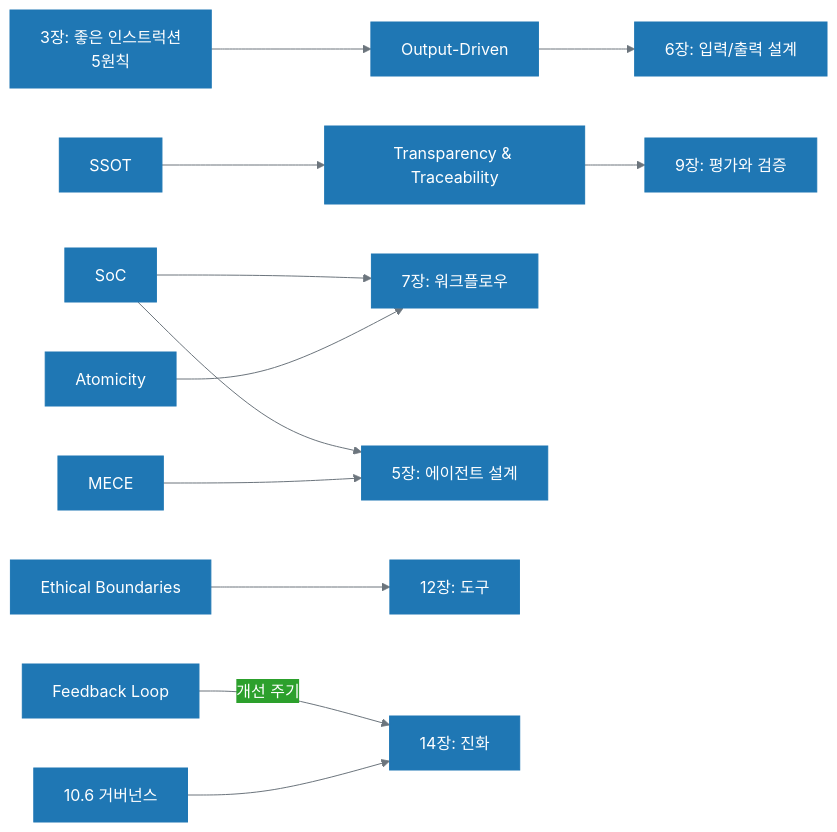
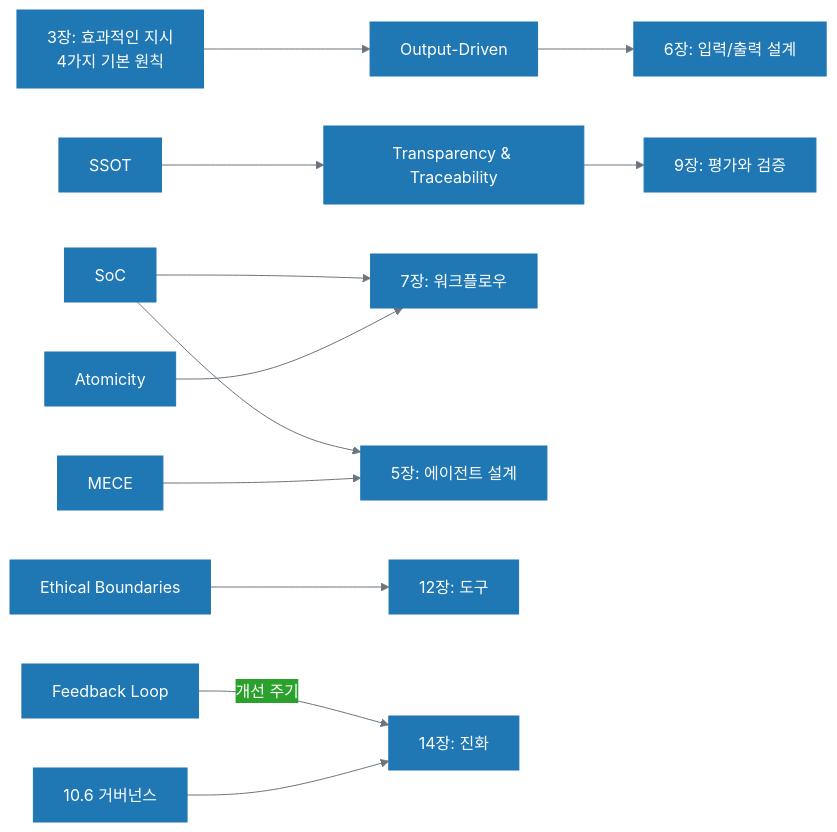
The diagram in doc/book1/vol-1-part-2-chapter-04.md (wooxist/ai-instructions), drawn with Mermaid before and after one commit. The commit also changed other lines of this file and 4 other files, not shown here.

````diff
--- a/doc/book1/vol-1-part-2-chapter-04.md
+++ b/doc/book1/vol-1-part-2-chapter-04.md
@@ -165,48 +163,48 @@
 ```mermaid
 %%{init: {
   'theme': 'base',
   'themeVariables': {
     'primaryColor': '#1f77b4',
     'primaryTextColor': '#ffffff',
     'primaryBorderColor': '#1f77b4',
     'lineColor': '#6c757d',
     'noteBkgColor': '#f8f9fa',
     'noteTextColor': '#212529',
     'background': 'transparent',
     'edgeLabelBackground': '#2ca02c'
   }
 }}%%
 graph LR
-  GI["3장: 좋은 인스트럭션<br/>5원칙"]:::principle
+  GI["3장: 효과적인 지시<br/>4가지 기본 원칙"]:::principle
 
   SSOT[SSOT]:::principle
   SoC[SoC]:::principle
   MECE[MECE]:::principle
   ATO[Atomicity]:::principle
   OD[Output-Driven]:::principle
   FB[Feedback Loop]:::principle
   TR[Transparency & Traceability]:::principle
   EB[Ethical Boundaries]:::principle
 
   IO[6장: 입력/출력 설계]
   WF[7장: 워크플로우]
   AG[5장: 에이전트 설계]
   EV[9장: 평가와 검증]
   GOV[10.6 거버넌스]
   TOOLS[12장: 도구]
   EVO[14장: 진화]
 
   GI --> OD
   SoC --> WF
   ATO --> WF
   SSOT --> TR
   OD --> IO
   TR --> EV
   FB -->|개선 주기| EVO
   EB --> TOOLS
   GOV --> EVO
   SoC --> AG
   MECE --> AG
 
   classDef principle fill:#1f77b4,stroke:#1f77b4,color:#ffffff;
 ```
````
